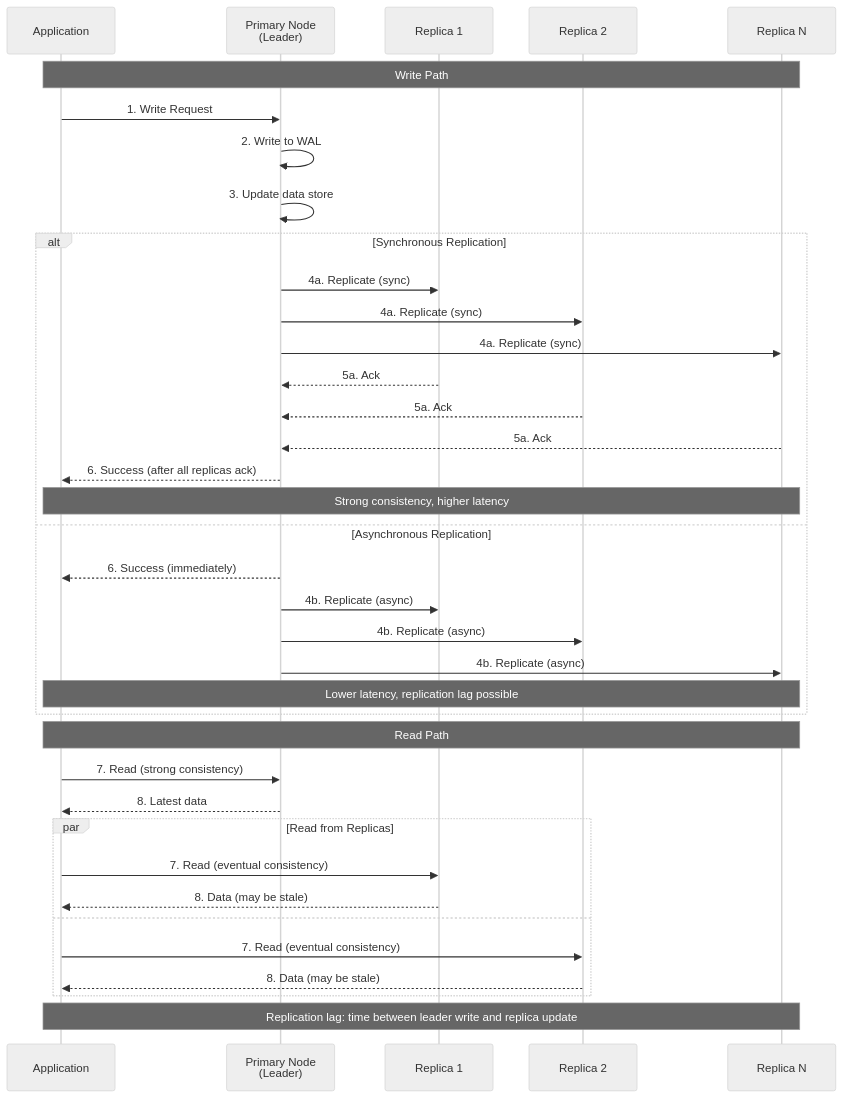
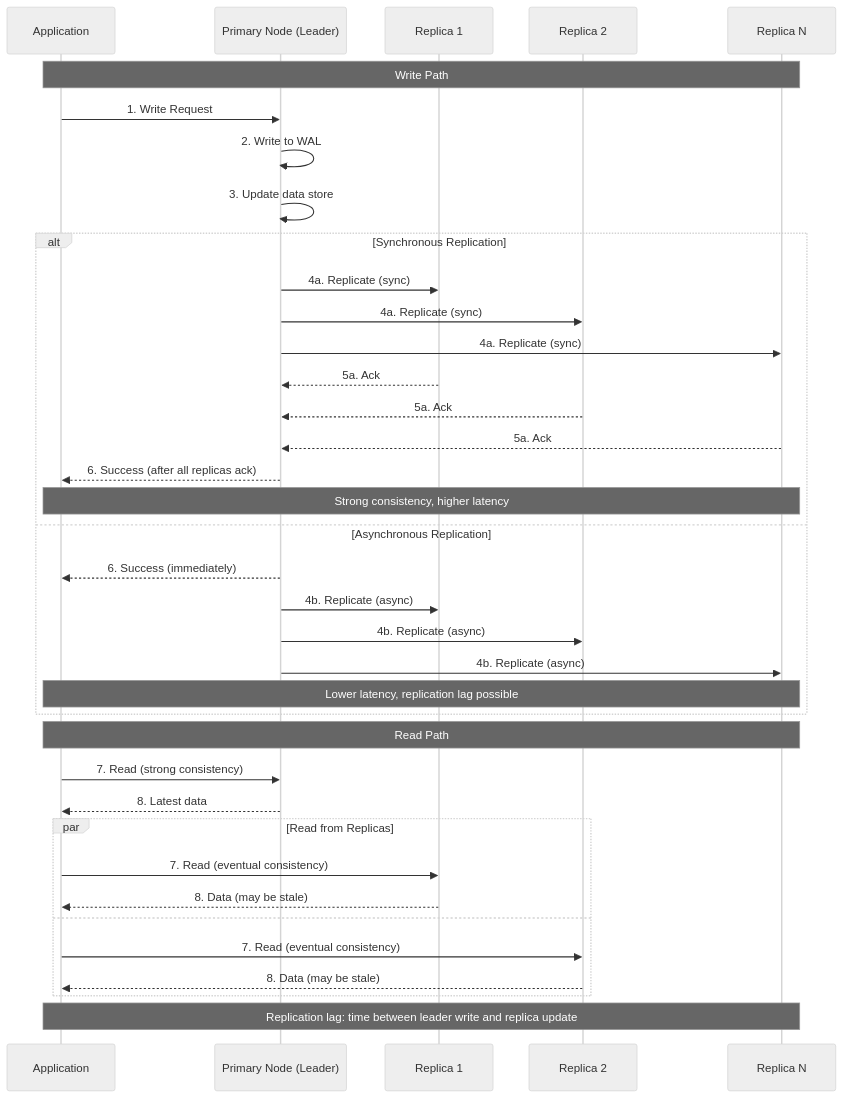
One commit to YiWang24/AiDIY changed the third of 3 diagrams in docs/cs/system-design/storage-layer.mdx. Above: the diagram before and after it, drawn with Mermaid (neutral theme). The commit also changed other lines of this file and 65 other files, not shown here.

First line of the commit message:
feat(docs): comprehensive algorithms documentation and Mermaid fixes

````diff
--- a/docs/cs/system-design/storage-layer.mdx
+++ b/docs/cs/system-design/storage-layer.mdx
@@ -453,44 +453,44 @@
 ```mermaid
 sequenceDiagram
     participant Client as Application
-    participant Leader as Primary Node<br/>(Leader)
+    participant Leader as Primary Node (Leader)
     participant R1 as Replica 1
     participant R2 as Replica 2
     participant R3 as Replica N
 
     Note over Client,R3: Write Path
     Client->>Leader: 1. Write Request
     Leader->>Leader: 2. Write to WAL
     Leader->>Leader: 3. Update data store
 
     alt Synchronous Replication
         Leader->>R1: 4a. Replicate (sync)
         Leader->>R2: 4a. Replicate (sync)
         Leader->>R3: 4a. Replicate (sync)
         R1-->>Leader: 5a. Ack
         R2-->>Leader: 5a. Ack
         R3-->>Leader: 5a. Ack
         Leader-->>Client: 6. Success (after all replicas ack)
         Note over Client,R3: Strong consistency, higher latency
     else Asynchronous Replication
         Leader-->>Client: 6. Success (immediately)
         Leader->>R1: 4b. Replicate (async)
         Leader->>R2: 4b. Replicate (async)
         Leader->>R3: 4b. Replicate (async)
         Note over Client,R3: Lower latency, replication lag possible
     end
 
     Note over Client,R3: Read Path
     Client->>Leader: 7. Read (strong consistency)
     Leader-->>Client: 8. Latest data
 
     par Read from Replicas
         Client->>R1: 7. Read (eventual consistency)
         R1-->>Client: 8. Data (may be stale)
     and
         Client->>R2: 7. Read (eventual consistency)
         R2-->>Client: 8. Data (may be stale)
     end
 
     Note over Client,R3: Replication lag: time between leader write and replica update
 ```
````
